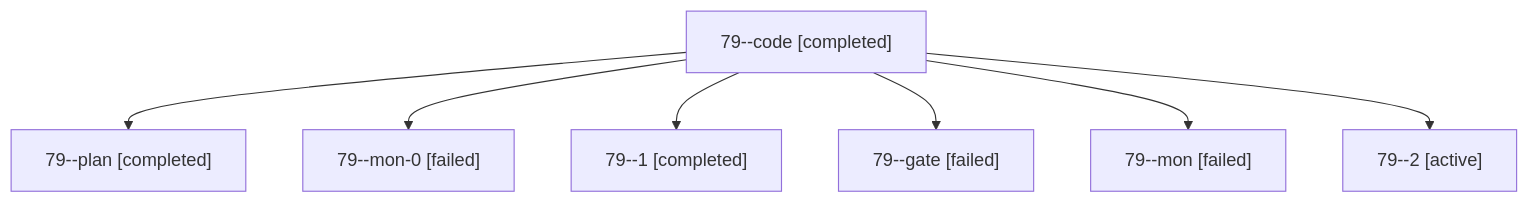
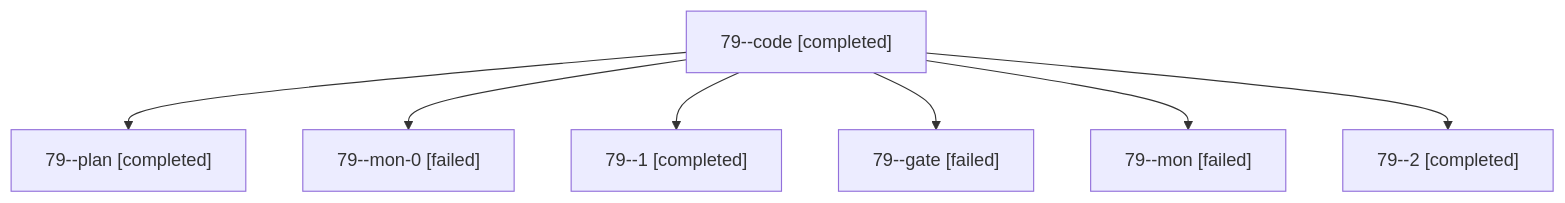
The diagram in sessions/bbugyi200.apollo.79.md (bobs-org/bob-cli--agents), drawn with Mermaid before and after one commit. The commit also changed other lines of this file and 11 other files, not shown here.

````diff
--- a/sessions/bbugyi200.apollo.79.md
+++ b/sessions/bbugyi200.apollo.79.md
@@ -9,16 +9,16 @@
 ```mermaid
 flowchart TD
   n0["79--code [completed]"]
   n1["79--plan [completed]"]
   n0 --> n1
   n2["79--mon-0 [failed]"]
   n0 --> n2
   n3["79--1 [completed]"]
   n0 --> n3
   n4["79--gate [failed]"]
   n0 --> n4
   n5["79--mon [failed]"]
   n0 --> n5
-  n6["79--2 [active]"]
+  n6["79--2 [completed]"]
   n0 --> n6
 ```
````
